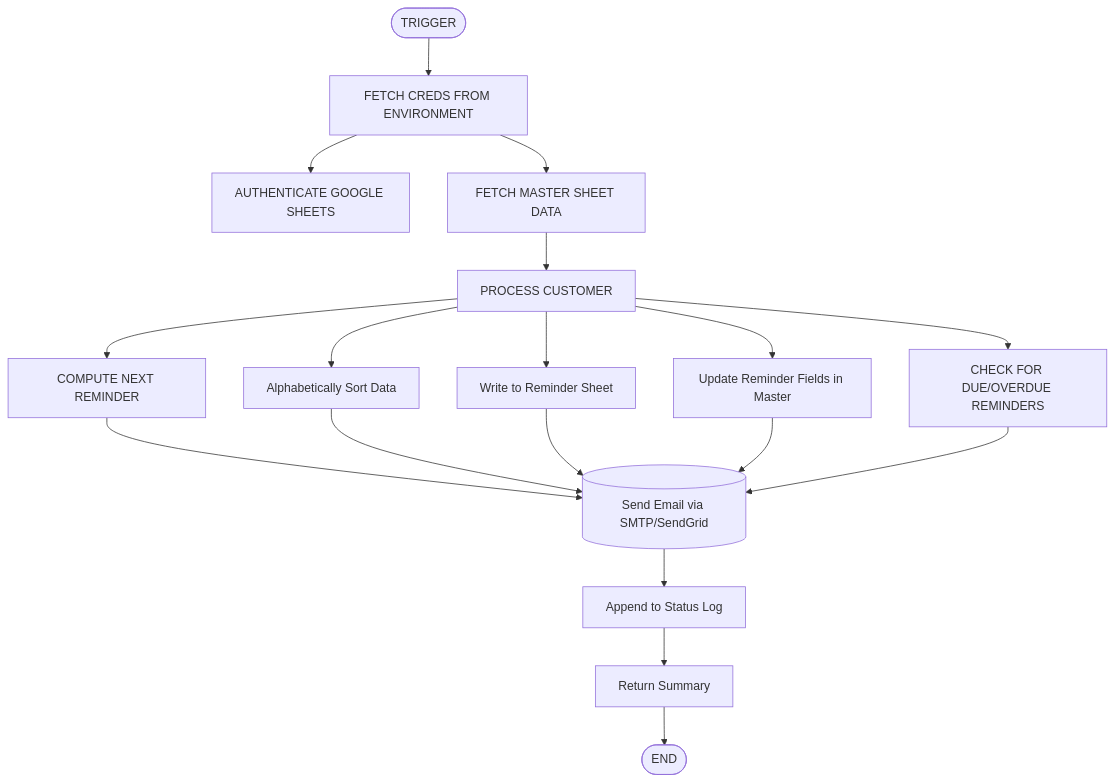
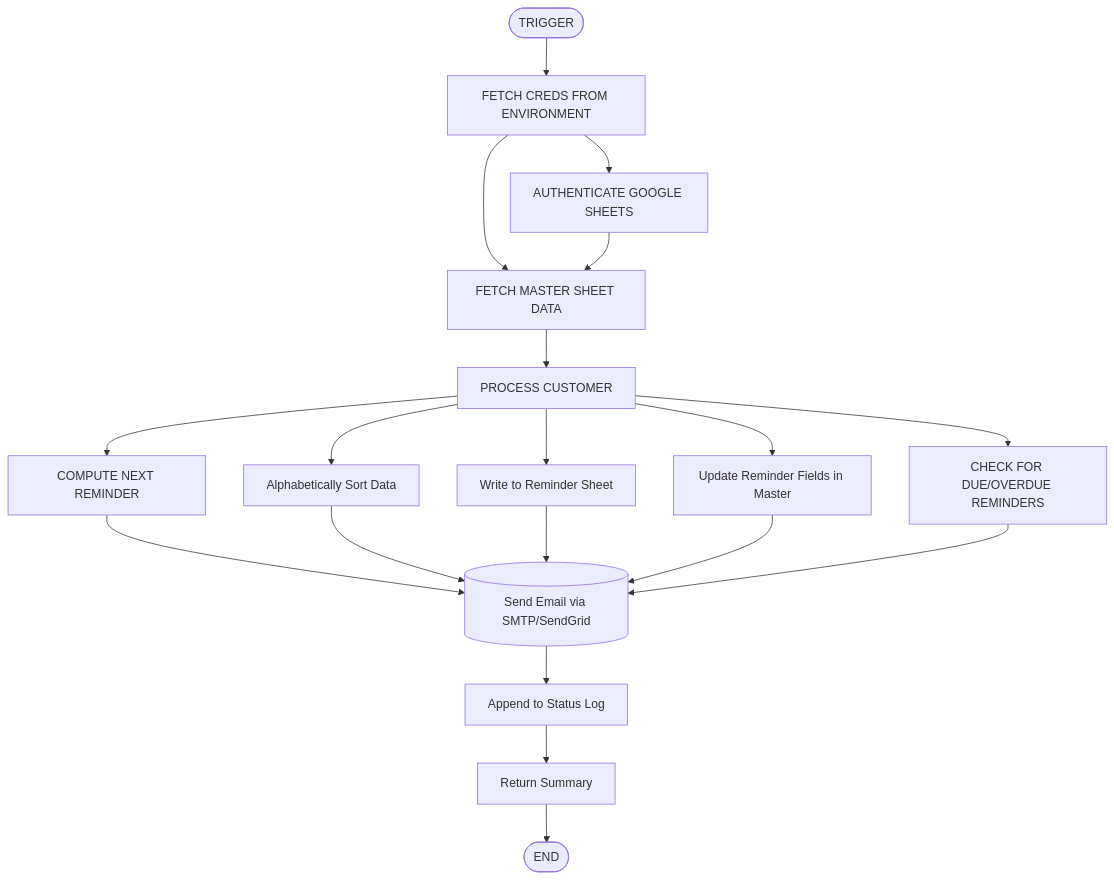
Before and after one commit to Hnn3y/RGAC_Reminder: the diagram in Readme.md, drawn with Mermaid.

````diff
--- a/Readme.md
+++ b/Readme.md
@@ -3,20 +3,21 @@
 ```mermaid
 flowchart TD
    A([TRIGGER]) --> B[FETCH CREDS FROM ENVIRONMENT]
    B --> C[AUTHENTICATE GOOGLE SHEETS]
    B --> D[FETCH MASTER SHEET DATA]
+   C --> D
    D --> E[PROCESS CUSTOMER]
    E --> F[COMPUTE NEXT REMINDER]
    E --> G[Alphabetically Sort Data]
    E --> H[Write to Reminder Sheet]
    E --> I[Update Reminder Fields in Master]
    E --> J[CHECK FOR DUE/OVERDUE REMINDERS]
    F --> K[(Send Email via SMTP/SendGrid)]
    G --> K
    H --> K
    I --> K
    J --> K
    K --> L[Append to Status Log]
    L --> M[Return Summary]
    M --> N([END])
 ```
````
